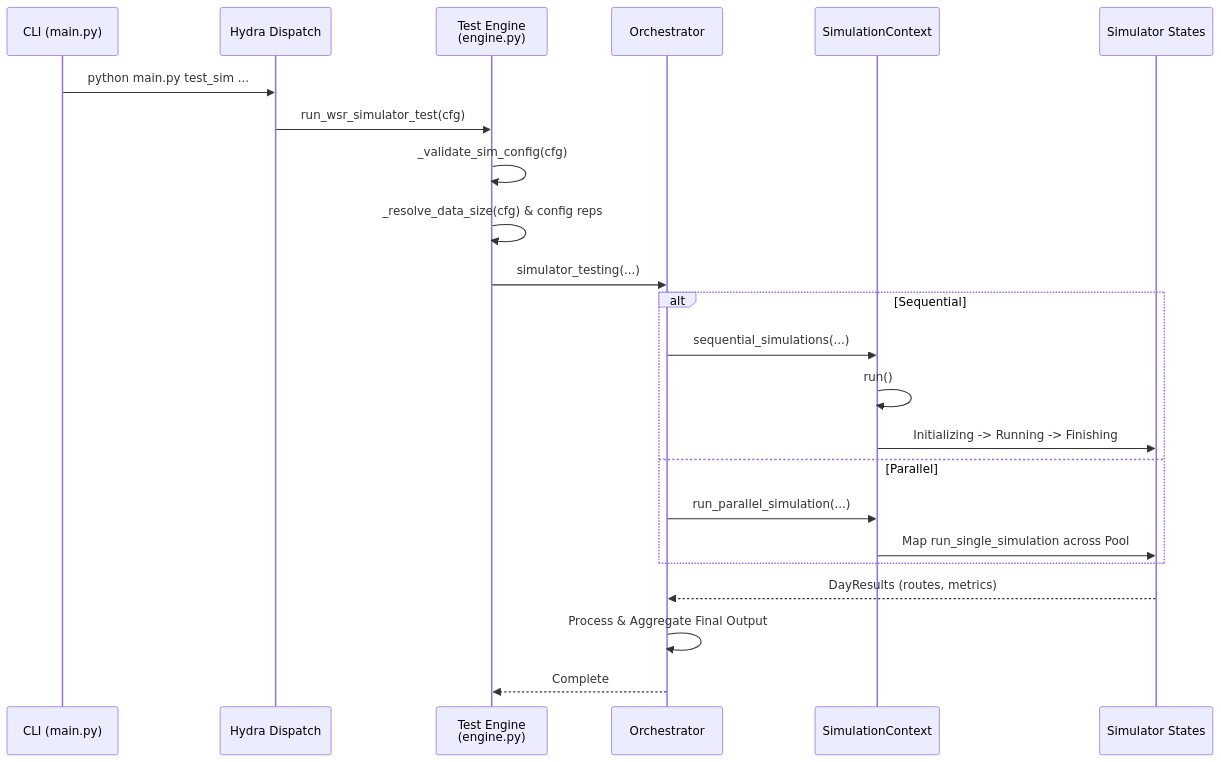
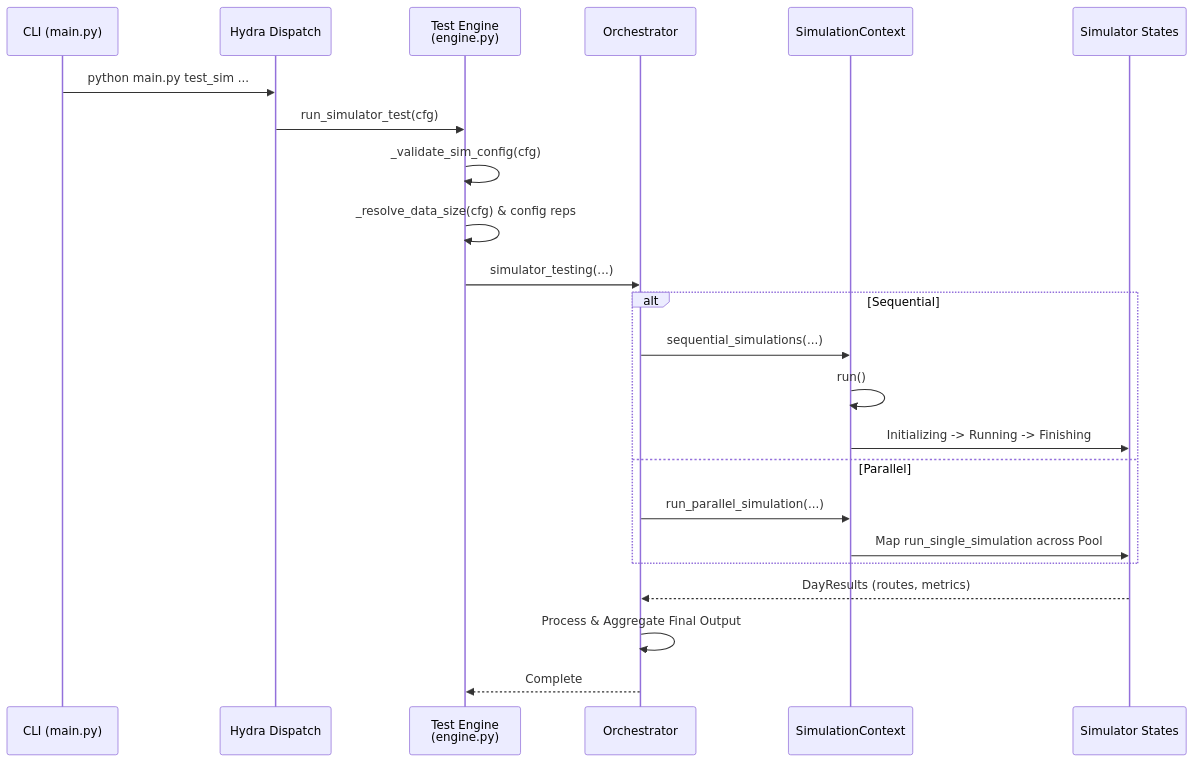
The tenth of 11 diagrams in docs/moon/ARCHITECTURE.md (ACFHarbinger/WSmartPlus-Route), drawn with Mermaid before and after one commit. The commit also changed 8 other files, not shown here.

Commit message:
Changed run_wsr_simulator_test func name to run_simulator_test

````diff
--- a/docs/moon/ARCHITECTURE.md
+++ b/docs/moon/ARCHITECTURE.md
@@ -709,26 +709,26 @@
 ```mermaid
 sequenceDiagram
     participant CLI as CLI (main.py)
     participant Hydra as Hydra Dispatch
     participant Engine as Test Engine<br/>(engine.py)
     participant Orch as Orchestrator
     participant Context as SimulationContext
     participant Sim as Simulator States
 
     CLI->>Hydra: python main.py test_sim ...
-    Hydra->>Engine: run_wsr_simulator_test(cfg)
+    Hydra->>Engine: run_simulator_test(cfg)
     Engine->>Engine: _validate_sim_config(cfg)
     Engine->>Engine: _resolve_data_size(cfg) & config reps
     Engine->>Orch: simulator_testing(...)
     alt Sequential
         Orch->>Context: sequential_simulations(...)
         Context->>Context: run()
         Context->>Sim: Initializing -> Running -> Finishing
     else Parallel
         Orch->>Context: run_parallel_simulation(...)
         Context->>Sim: Map run_single_simulation across Pool
     end
     Sim-->>Orch: DayResults (routes, metrics)
     Orch->>Orch: Process & Aggregate Final Output
     Orch-->>Engine: Complete
 ```
````
